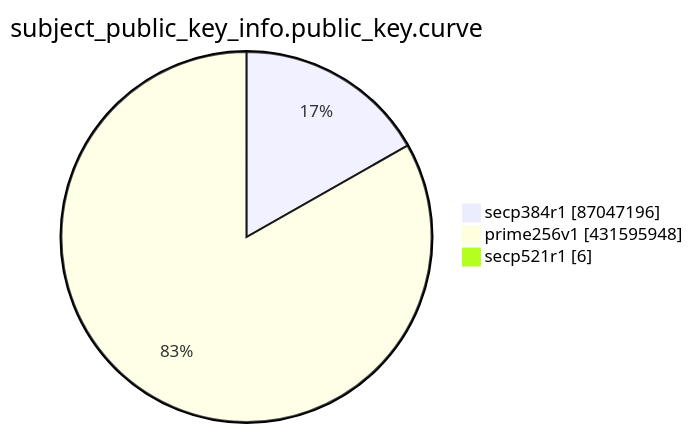
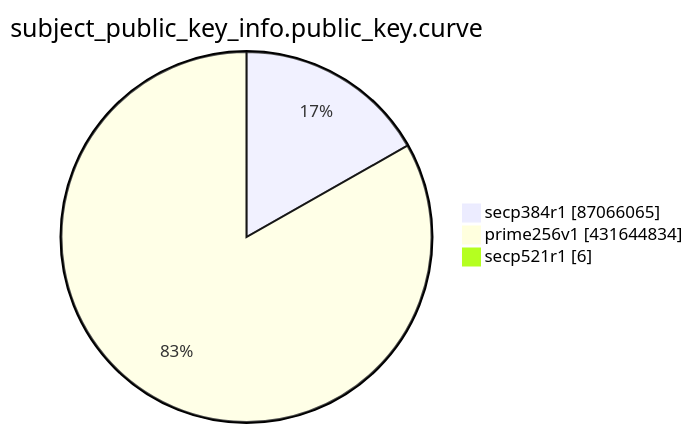
Before and after one commit to christiankrug/ctmonitor_visualization: the eighth of 15 diagrams in TOTAL/README.md, drawn with Mermaid. The commit also changed other lines of this file, not shown here.

````diff
--- a/TOTAL/README.md
+++ b/TOTAL/README.md
@@ -3100,7 +3100,7 @@
 ```mermaid
 pie showData
 title subject_public_key_info.public_key.curve
-"secp384r1" :87047196
-"prime256v1" :431595948
+"secp384r1" :87066065
+"prime256v1" :431644834
 "secp521r1" :6
 ```
````
